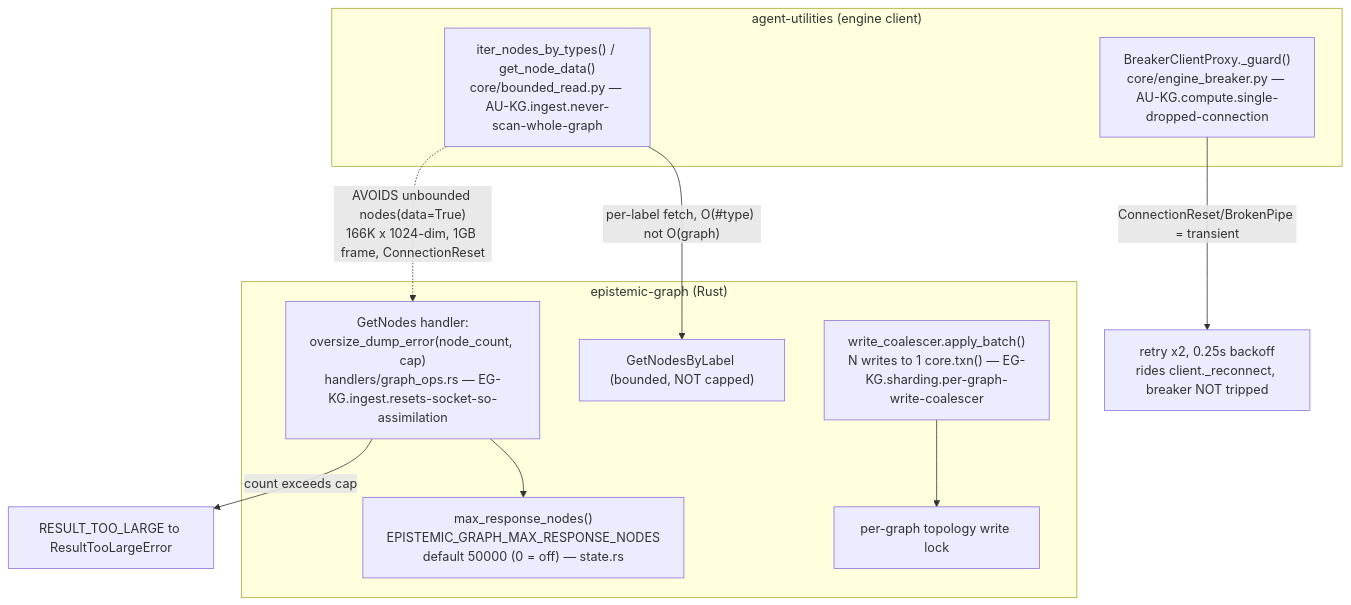
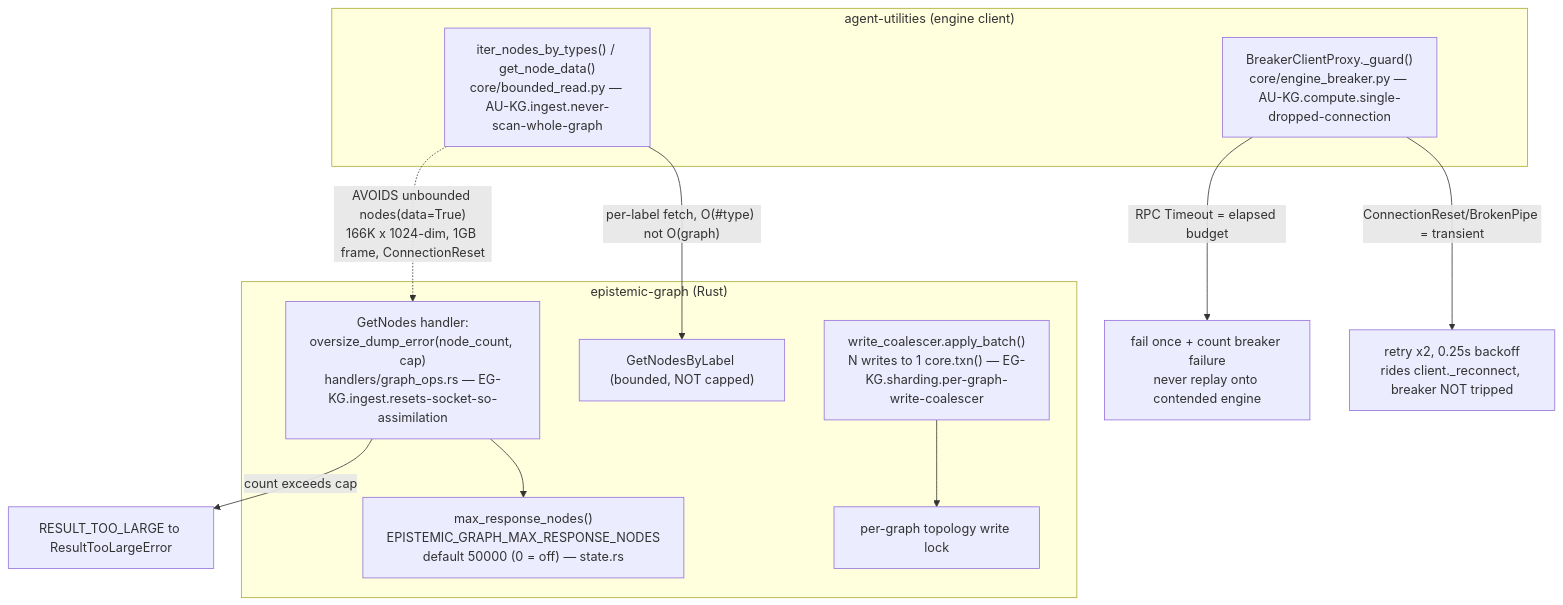
The third of 4 diagrams in docs/architecture/graph_backends_architecture.md (Knuckles-Team/agent-utilities), drawn with Mermaid before and after one commit. The commit also changed other lines of this file and 71 other files, not shown here.

````diff
--- a/docs/architecture/graph_backends_architecture.md
+++ b/docs/architecture/graph_backends_architecture.md
@@ -485,21 +485,22 @@
 ```mermaid
 flowchart TB
     subgraph CLIENT["agent-utilities (engine client)"]
         BR["iter_nodes_by_types() / get_node_data()<br/>core/bounded_read.py — AU-KG.ingest.never-scan-whole-graph"]
         BRK["BreakerClientProxy._guard()<br/>core/engine_breaker.py — AU-KG.compute.single-dropped-connection"]
     end
     subgraph ENGINE["epistemic-graph (Rust)"]
         GUARD["GetNodes handler:<br/>oversize_dump_error(node_count, cap)<br/>handlers/graph_ops.rs — EG-KG.ingest.resets-socket-so-assimilation"]
         CAP["max_response_nodes()<br/>EPISTEMIC_GRAPH_MAX_RESPONSE_NODES<br/>default 50000 (0 = off) — state.rs"]
         LABEL["GetNodesByLabel (bounded, NOT capped)"]
         LOCK["per-graph topology write lock"]
         COAL["write_coalescer.apply_batch()<br/>N writes to 1 core.txn() — EG-KG.sharding.per-graph-write-coalescer"]
     end
 
     BR -->|"per-label fetch, O(#type) not O(graph)"| LABEL
     BR -. "AVOIDS unbounded nodes(data=True)<br/>166K x 1024-dim, 1GB frame, ConnectionReset" .-> GUARD
     GUARD --> CAP
     GUARD -->|"count exceeds cap"| TOOBIG["RESULT_TOO_LARGE to ResultTooLargeError"]
     BRK -->|"ConnectionReset/BrokenPipe = transient"| RETRY["retry x2, 0.25s backoff<br/>rides client._reconnect, breaker NOT tripped"]
+    BRK -->|"RPC Timeout = elapsed budget"| FAIL["fail once + count breaker failure<br/>never replay onto contended engine"]
     COAL --> LOCK
 ```
````
